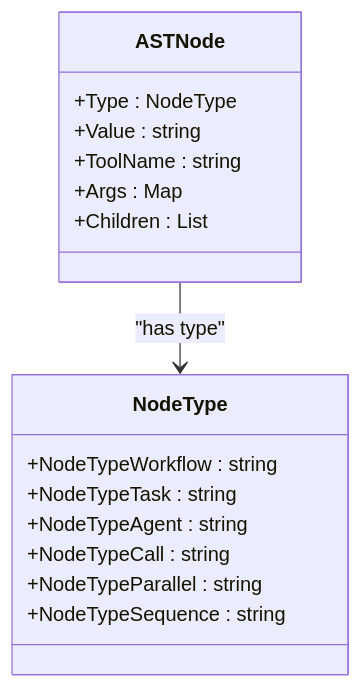
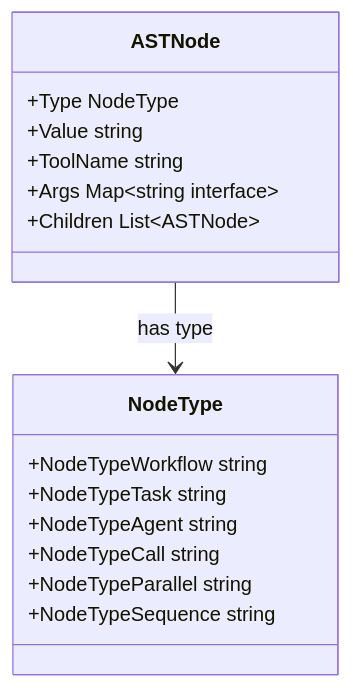
One commit to prxs-ai/praxis-go-sdk changed the fourth of 7 diagrams in docs/Architecture Overview/DSL Processing Engine/DSL Analyzer.md. Above: the diagram before and after it, drawn with Mermaid. The commit also changed other lines of this file and 33 other files, not shown here.

````diff
--- a/docs/Architecture Overview/DSL Processing Engine/DSL Analyzer.md
+++ b/docs/Architecture Overview/DSL Processing Engine/DSL Analyzer.md
@@ -109,19 +109,19 @@
 ```mermaid
 classDiagram
 class ASTNode {
-+Type : NodeType
-+Value : string
-+ToolName : string
-+Args : Map<string, interface>
-+Children : List<ASTNode>
++Type NodeType
++Value string
++ToolName string
++Args Map~string interface~
++Children List~ASTNode~
 }
 class NodeType {
-+NodeTypeWorkflow : string
-+NodeTypeTask : string
-+NodeTypeAgent : string
-+NodeTypeCall : string
-+NodeTypeParallel : string
-+NodeTypeSequence : string
++NodeTypeWorkflow string
++NodeTypeTask string
++NodeTypeAgent string
++NodeTypeCall string
++NodeTypeParallel string
++NodeTypeSequence string
 }
-ASTNode --> NodeType : "has type"
+ASTNode --> NodeType: has type
 ```
````
